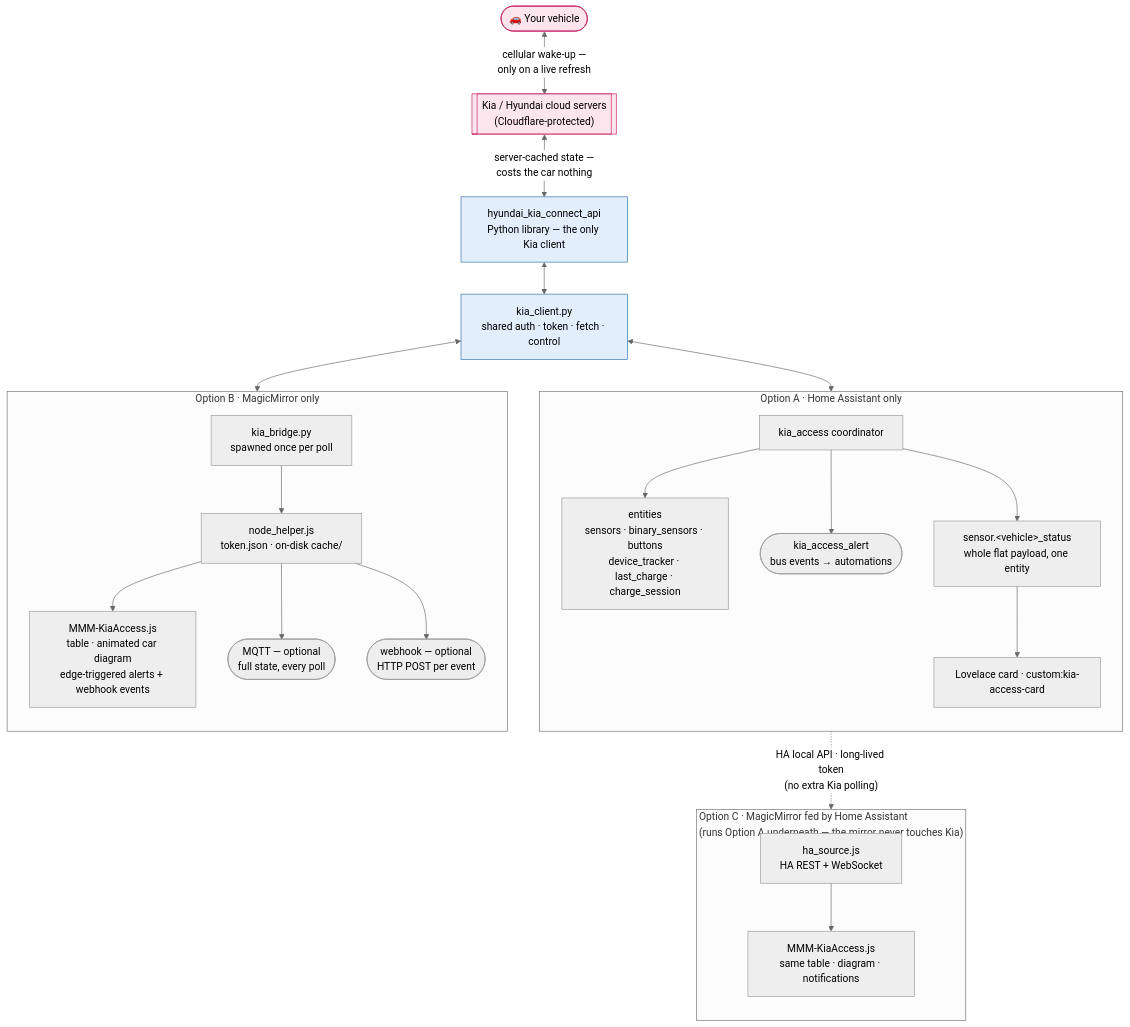
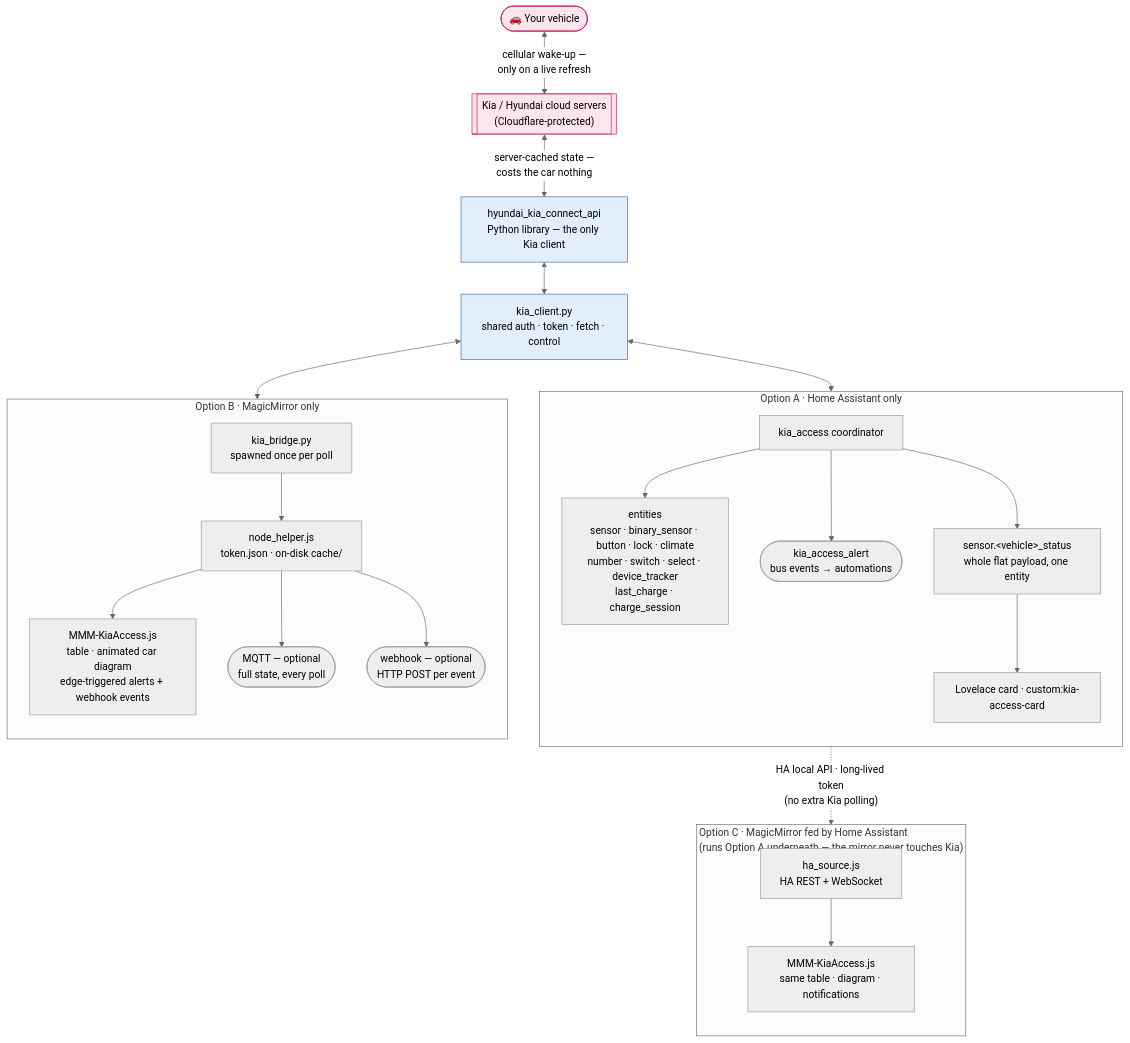
One commit to Legal-Copy7045/MMM-KiaAccess changed the diagram in docs/data-flow.mmd. Above: the diagram before and after it, drawn with Mermaid (neutral theme). The commit also changed 22 other files, not shown here.

First line of the commit message:
HA: native lock / climate / number / switch / select entities

```diff
--- a/docs/data-flow.mmd
+++ b/docs/data-flow.mmd
@@ -1,51 +1,51 @@
 %% Editable source for docs/data-flow.svg — keep both in sync.
 %% GitHub renders this block natively; the committed SVG is a tidied hand-layout.
 flowchart TB
     car(["🚗 Your vehicle"])
     cloud[["Kia / Hyundai cloud servers<br/>(Cloudflare-protected)"]]
     lib["hyundai_kia_connect_api<br/>Python library — the only Kia client"]
     kc["kia_client.py<br/>shared auth · token · fetch · control"]
 
     car <-->|"cellular wake-up —<br/>only on a live refresh"| cloud
     cloud <-->|"server-cached state —<br/>costs the car nothing"| lib
     lib <--> kc
 
     subgraph A["Option A · Home Assistant only"]
         direction TB
         coord["kia_access coordinator"]
-        ent["entities<br/>sensors · binary_sensors · buttons<br/>device_tracker · last_charge · charge_session"]
+        ent["entities<br/>sensor · binary_sensor · button · lock · climate<br/>number · switch · select · device_tracker<br/>last_charge · charge_session"]
         evt(["kia_access_alert<br/>bus events → automations"])
         status["sensor.&lt;vehicle&gt;_status<br/>whole flat payload, one entity"]
         card["Lovelace card · custom:kia-access-card"]
         coord --> ent
         coord --> evt
         coord --> status --> card
     end
 
     subgraph B["Option B · MagicMirror only"]
         direction TB
         bridge["kia_bridge.py<br/>spawned once per poll"]
         nh["node_helper.js<br/>token.json · on-disk cache/"]
         mm["MMM-KiaAccess.js<br/>table · animated car diagram<br/>edge-triggered alerts + webhook events"]
         mqtt(["MQTT — optional<br/>full state, every poll"])
         hook(["webhook — optional<br/>HTTP POST per event"])
         bridge --> nh --> mm
         nh --> mqtt
         nh --> hook
     end
 
     subgraph C["Option C · MagicMirror fed by Home Assistant<br/>(runs Option A underneath — the mirror never touches Kia)"]
         direction TB
         hasrc["ha_source.js<br/>HA REST + WebSocket"]
         mmc["MMM-KiaAccess.js<br/>same table · diagram · notifications"]
         hasrc --> mmc
     end
 
     kc <--> coord
     kc <--> bridge
     status -.->|"HA local API · long-lived token<br/>(no extra Kia polling)"| hasrc
 
     classDef kia fill:#fde5ee,stroke:#c2185b,color:#000
     classDef shared fill:#e2eefb,stroke:#2b6cb0,color:#000
     class car,cloud kia
     class lib,kc shared
```
